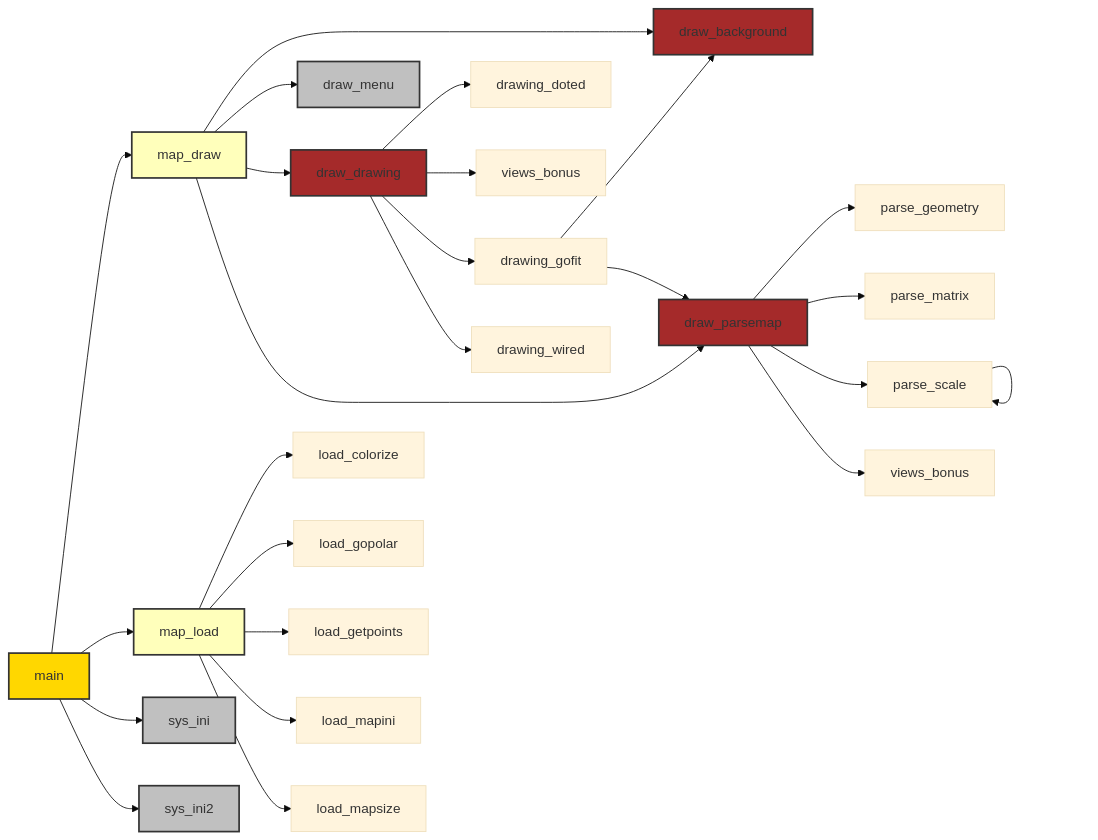
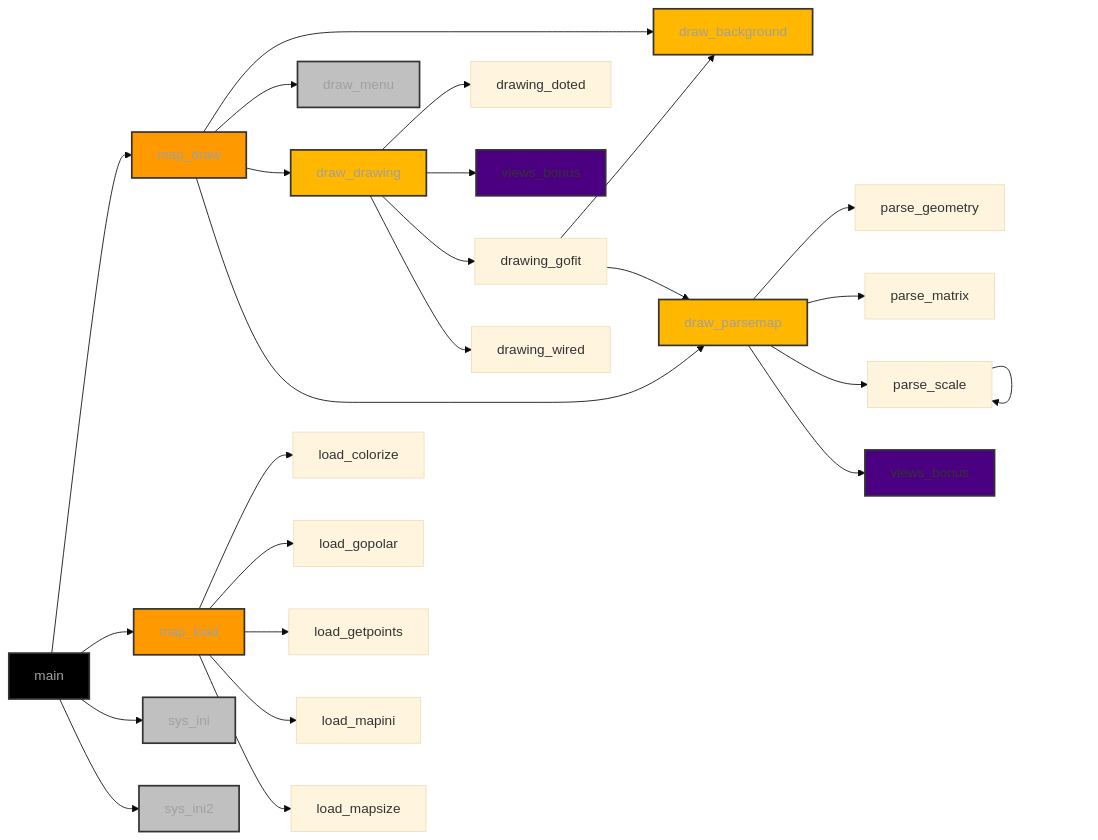
One commit to diegonmarcos/graphic changed the first of 3 diagrams in C2_fdf/1_RM/doc/doc.md. Above: the diagram before and after it, drawn with Mermaid (base theme).

Commit message:
flowcharts

````diff
--- a/C2_fdf/1_RM/doc/doc.md
+++ b/C2_fdf/1_RM/doc/doc.md
@@ -13,47 +13,56 @@
 ``` mermaid
 flowchart LR
-classDef blue fill:#bbf,stroke:#333,stroke-width:2px;
+classDef black fill:#000,stroke:#333,stroke-width:2px,color:#a0a0a0;
+classDef silver fill:#c0c0c0,stroke:#333,stroke-width:2px, color:#a0a0a0;
+classDef red fill:#a52a2a,stroke:#333,stroke-width:2px;
+classDef orange1 fill:#f90,stroke:#333,stroke-width:2px,color:#a0a0a0;
+classDef orange2 fill:#ffa700,stroke:#333,stroke-width:2px,color:#a0a0a0;
+classDef yellow1 fill:#ffb700,stroke:#333,stroke-width:2px,color:#a0a0a0;
+classDef yellow2 fill:#ffd700,stroke:#333,stroke-width:2px,color:#a0a0a0;
+classDef gold fill:#fff700,stroke:#333,stroke-width:2px,color:#a0a0a0;
+
+classDef blue fill:#bbf,stroke:#333,stroke-width:2px,color:#a0a0a0;
 classDef green fill:#bfb,stroke:#333,stroke-width:2px;
-classDef yellow fill:#ffb,stroke:#333,stroke-width:2px;
+classDef green1 fill:#ffb,stroke:#333,stroke-width:2px,color:#a0a0a0;
 classDef purple fill:#d0b,stroke:#333,stroke-width:2px;
-classDef orange fill:#f90,stroke:#333,stroke-width:2px;
-classDef brown fill:#a52a2a,stroke:#333,stroke-width:2px;
-classDef silver fill:#c0c0c0,stroke:#333,stroke-width:2px;
-classDef gold fill:#ffd700,stroke:#333,stroke-width:2px;
+
+classDef indigo fill:#4b0082,stroke:#333,stroke-width:2px;
 
     Node000001["main"] --> Node000002["map_draw"]
     Node000001 --> Node000041["map_load"]
     Node000001 --> Node000053["sys_ini"]
     Node000001 --> Node000054["sys_ini2"]
 
     Node000002 --> Node000003["draw_background"]
     Node000002 --> Node000004["draw_menu"]
     Node000002 --> Node000011["draw_drawing"]
     Node000002 --> Node000020["draw_parsemap"]
     
     Node000011 --> Node000012["drawing_doted"]
     Node000011 --> Node000017["views_bonus"]
     Node000011 --> Node000018["drawing_gofit"]
     Node000011 --> Node000032["drawing_wired"]
     
     Node000018 --> Node000003
     Node000018 --> Node000020
     
     Node000020 --> Node000021["parse_geometry"]
     Node000020 --> Node000022["parse_matrix"]
     Node000020 --> Node000027["parse_scale"]
     Node000020 --> Node000028["views_bonus"]
     
     Node000027 --> Node000027
     
     Node000041 --> Node000042["load_colorize"]
     Node000041 --> Node000044["load_gopolar"]
     Node000041 --> Node000045["load_getpoints"]
     Node000041 --> Node000050["load_mapini"]
     Node000041 --> Node000052["load_mapsize"]
 	
-	class Node000001 gold
+	class Node000001 black
 	class Node000053,Node000054,Node000004 silver
-	class Node000002,Node000041 yellow
-	class Node000011,Node000020,Node000003 brown
+	class Node000002,Node000041 orange1
+	class Node000011,Node000020,Node000003 yellow1
+	
+	class Node000017,Node000028 indigo
 ```
````
